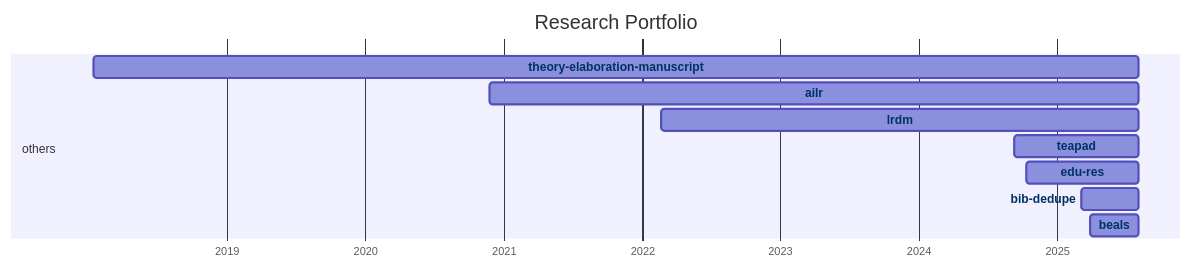
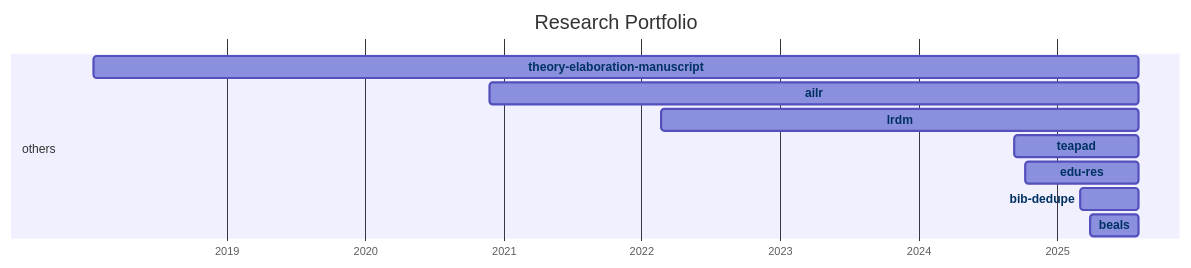
Before and after one commit to digital-work-lab/handbook: the diagram in docs/20-research/25-projects-gantt.md, drawn with Mermaid.

Commit message:
Update repository overview

````diff
--- a/docs/20-research/25-projects-gantt.md
+++ b/docs/20-research/25-projects-gantt.md
@@ -8,33 +8,33 @@
 ```mermaid
 ---
 displayMode: compact
 ---
 gantt
 title Research Portfolio
 dateFormat YYYY-MM-DD
 axisFormat %Y
 
     section work_practices
 
     section distributed_organizing
 
     section knowledge_synthesis
 
     section others
-        beals :beals, 2025-03-28, 2025-08-03
-        bib-dedupe :bib-dedupe, 2025-03-04, 2025-08-03
-        edu-res :edu-res, 2024-10-10, 2025-08-03
-        teapad :teapad, 2024-09-10, 2025-08-03
-        lrdm :lrdm, 2022-02-20, 2025-08-03
-        ailr :ailr, 2020-11-26, 2025-08-03
-        theory-elaboration-manuscript :theory-elaboration-manuscript, 2018-01-15, 2025-08-03
+        beals :beals, 2025-03-28, 2025-08-04
+        bib-dedupe :bib-dedupe, 2025-03-04, 2025-08-04
+        edu-res :edu-res, 2024-10-10, 2025-08-04
+        teapad :teapad, 2024-09-10, 2025-08-04
+        lrdm :lrdm, 2022-02-20, 2025-08-04
+        ailr :ailr, 2020-11-26, 2025-08-04
+        theory-elaboration-manuscript :theory-elaboration-manuscript, 2018-01-15, 2025-08-04
 
 
     click beals href "{{ site.baseurl }}/docs/10-lab/18-resources/beals.html"
     click bib-dedupe href "{{ site.baseurl }}/docs/10-lab/18-resources/bib-dedupe.html"
     click edu-res href "{{ site.baseurl }}/docs/10-lab/18-resources/edu-res.html"
     click teapad href "{{ site.baseurl }}/docs/10-lab/18-resources/teapad.html"
     click lrdm href "{{ site.baseurl }}/docs/10-lab/18-resources/lrdm.html"
     click ailr href "{{ site.baseurl }}/docs/10-lab/18-resources/ailr.html"
     click theory-elaboration-manuscript href "{{ site.baseurl }}/docs/10-lab/18-resources/theory-elaboration-manuscript.html"
 ```
````
